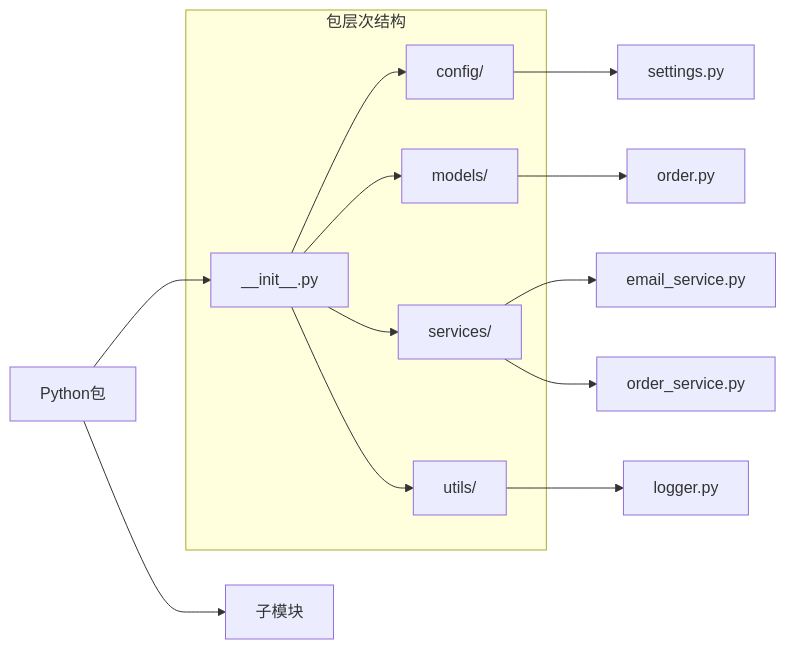
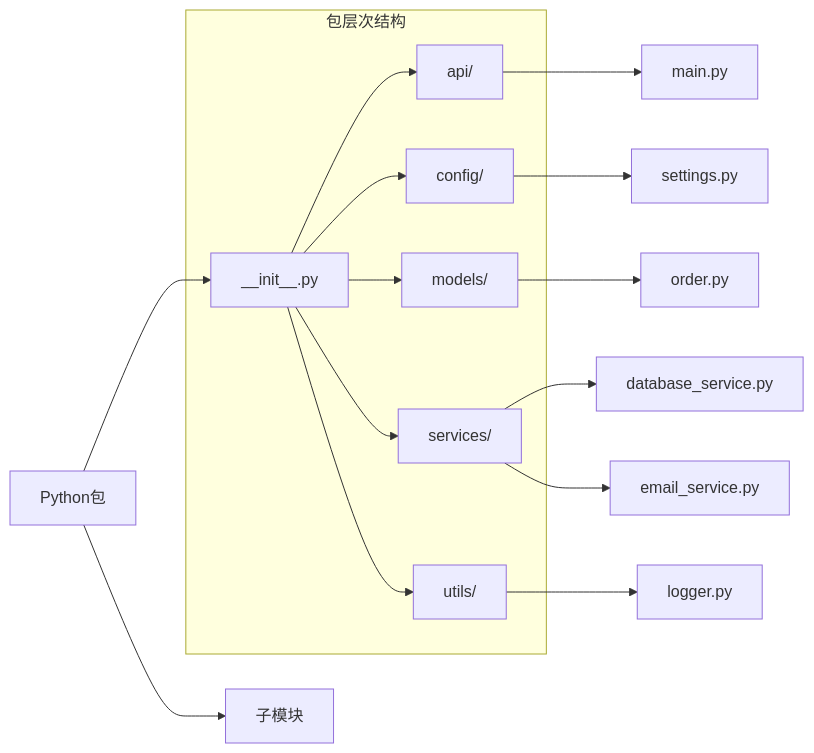
One commit to SY6621/POD-Order-Management changed the third of 6 diagrams in .qoder/repowiki/zh/content/项目结构详解.md. Above: the diagram before and after it, drawn with Mermaid. The commit also changed other lines of this file and 263 other files, not shown here.

````diff
--- a/.qoder/repowiki/zh/content/项目结构详解.md
+++ b/.qoder/repowiki/zh/content/项目结构详解.md
@@ -202,16 +323,18 @@
 ```mermaid
 graph LR
 Package[Python包] --> Init[__init__.py]
 Package --> SubModules[子模块]
 subgraph "包层次结构"
+Init --> Api[api/]
 Init --> Config[config/]
 Init --> Models[models/]
 Init --> Services[services/]
 Init --> Utils[utils/]
 end
+Api --> Main[main.py]
 Config --> Settings[settings.py]
 Models --> OrderModel[order.py]
+Services --> DatabaseService[database_service.py]
 Services --> EmailService[email_service.py]
-Services --> OrderService[order_service.py]
 Utils --> Logger[logger.py]
 ```
````
